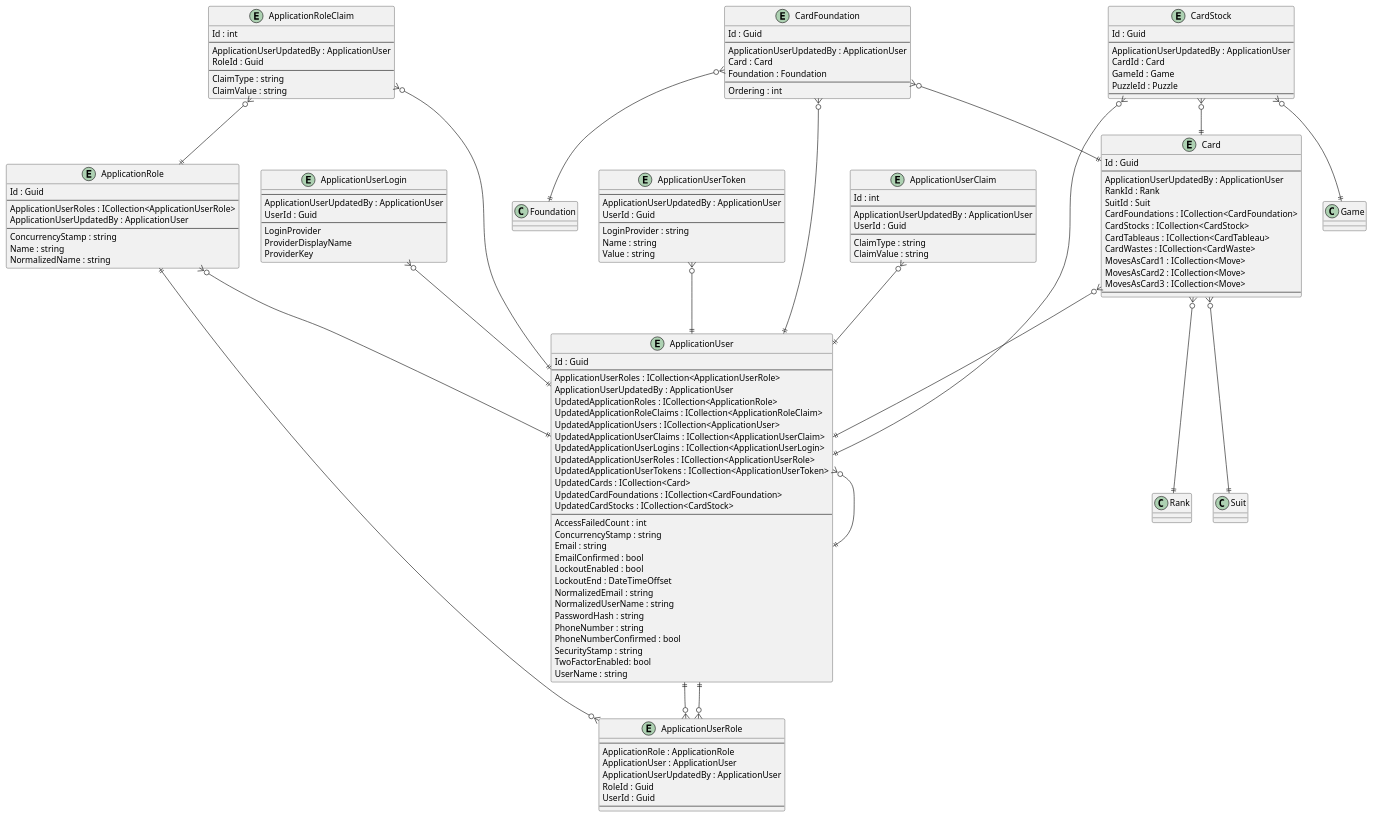
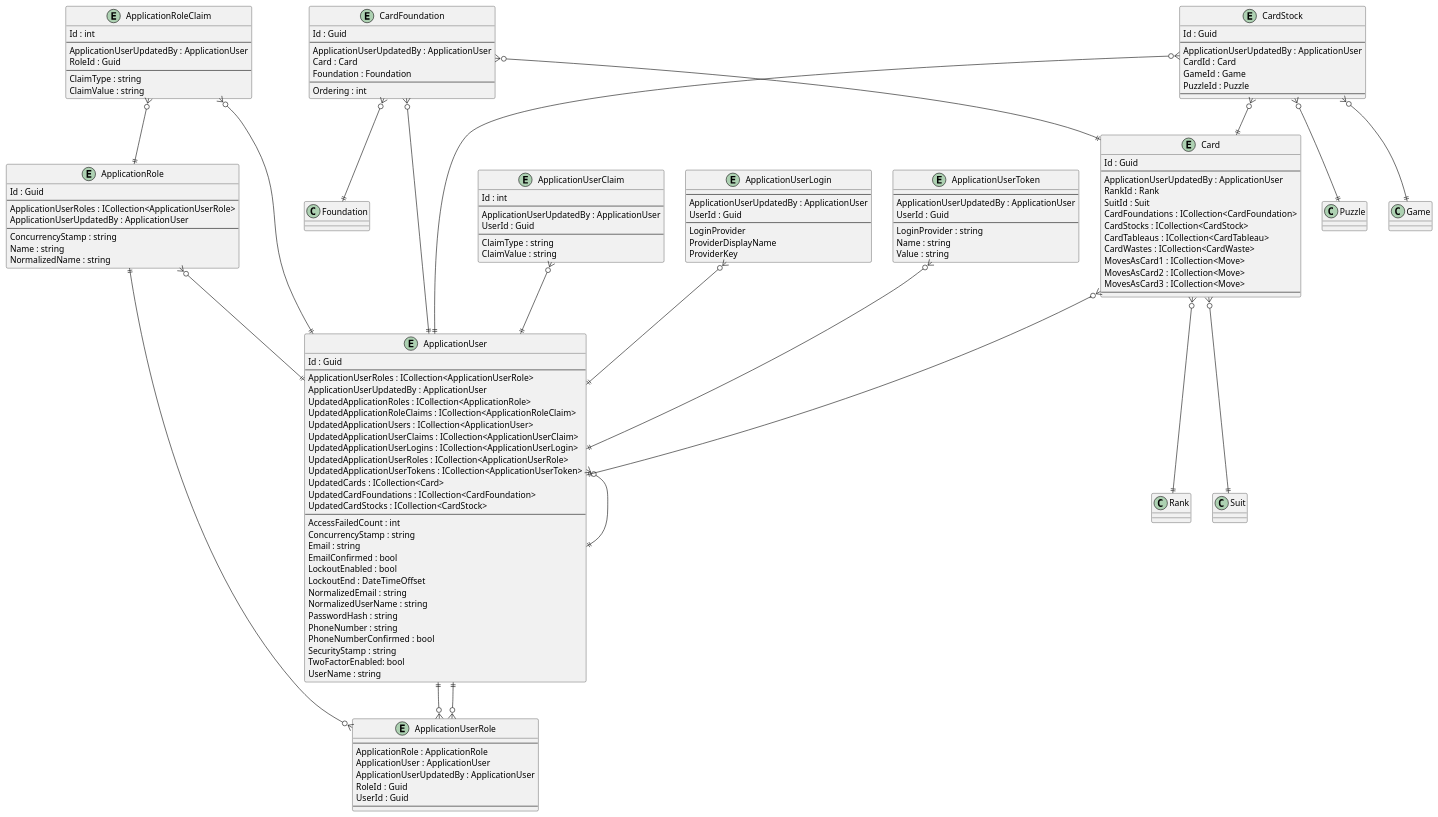
The diagram in .docs/Intrepion.KlondikeSolitaire.pu (intrepion/intrepion_klondike-solitaire_csharp), drawn with PlantUML before and after one commit.

```diff
--- a/.docs/Intrepion.KlondikeSolitaire.pu
+++ b/.docs/Intrepion.KlondikeSolitaire.pu
@@ -1,163 +1,164 @@
 @startuml
 
 entity ApplicationRole {
     Id : Guid
     --
     ApplicationUserRoles : ICollection<ApplicationUserRole>
     ApplicationUserUpdatedBy : ApplicationUser
     --
     ConcurrencyStamp : string
     Name : string
     NormalizedName : string
 }
 
 entity ApplicationRoleClaim {
     Id : int
     --
     ApplicationUserUpdatedBy : ApplicationUser
     RoleId : Guid
     --
     ClaimType : string
     ClaimValue : string
 }
 
 entity ApplicationUser {
     Id : Guid
     --
     ApplicationUserRoles : ICollection<ApplicationUserRole>
     ApplicationUserUpdatedBy : ApplicationUser
     UpdatedApplicationRoles : ICollection<ApplicationRole>
     UpdatedApplicationRoleClaims : ICollection<ApplicationRoleClaim>
     UpdatedApplicationUsers : ICollection<ApplicationUser>
     UpdatedApplicationUserClaims : ICollection<ApplicationUserClaim>
     UpdatedApplicationUserLogins : ICollection<ApplicationUserLogin>
     UpdatedApplicationUserRoles : ICollection<ApplicationUserRole>
     UpdatedApplicationUserTokens : ICollection<ApplicationUserToken>
     UpdatedCards : ICollection<Card>
     UpdatedCardFoundations : ICollection<CardFoundation>
     UpdatedCardStocks : ICollection<CardStock>
     ' ApplicationUserKeyCodePlaceholder
     --
     AccessFailedCount : int
     ConcurrencyStamp : string
     Email : string
     EmailConfirmed : bool
     LockoutEnabled : bool
     LockoutEnd : DateTimeOffset
     NormalizedEmail : string
     NormalizedUserName : string
     PasswordHash : string
     PhoneNumber : string
     PhoneNumberConfirmed : bool
     SecurityStamp : string
     TwoFactorEnabled: bool
     UserName : string
 }
 
 entity ApplicationUserClaim {
     Id : int
     --
     ApplicationUserUpdatedBy : ApplicationUser
     UserId : Guid
     --
     ClaimType : string
     ClaimValue : string
 }
 
 entity ApplicationUserLogin {
     --
     ApplicationUserUpdatedBy : ApplicationUser
     UserId : Guid
     --
     LoginProvider
     ProviderDisplayName
     ProviderKey
 }
 
 entity ApplicationUserRole {
     --
     ApplicationRole : ApplicationRole
     ApplicationUser : ApplicationUser
     ApplicationUserUpdatedBy : ApplicationUser
     RoleId : Guid
     UserId : Guid
     --
 }
 
 entity ApplicationUserToken {
     --
     ApplicationUserUpdatedBy : ApplicationUser
     UserId : Guid
     --
     LoginProvider : string
     Name : string
     Value : string
 }
 
 entity Card {
     Id : Guid
     --
     ApplicationUserUpdatedBy : ApplicationUser
     RankId : Rank
     SuitId : Suit
     CardFoundations : ICollection<CardFoundation>
     CardStocks : ICollection<CardStock>
     CardTableaus : ICollection<CardTableau>
     CardWastes : ICollection<CardWaste>
     MovesAsCard1 : ICollection<Move>
     MovesAsCard2 : ICollection<Move>
     MovesAsCard3 : ICollection<Move>
     ' CardKeyCodePlaceholder
     --
     ' CardPropertyCodePlaceholder
 }
 
 entity CardFoundation {
     Id : Guid
     --
     ApplicationUserUpdatedBy : ApplicationUser
     Card : Card
     Foundation : Foundation
     ' CardFoundationKeyCodePlaceholder
     --
     Ordering : int
     ' CardFoundationPropertyCodePlaceholder
 }
 
 entity CardStock {
     Id : Guid
     --
     ApplicationUserUpdatedBy : ApplicationUser
     CardId : Card
     GameId : Game
     PuzzleId : Puzzle
     ' CardStockKeyCodePlaceholder
     --
     ' CardStockPropertyCodePlaceholder
 }
 
 ' EntityCodePlaceholder
 
 ApplicationRole ||--o{ ApplicationUserRole
 ApplicationRole }o--|| ApplicationUser
 ApplicationRoleClaim }o--|| ApplicationRole
 ApplicationRoleClaim }o--|| ApplicationUser
 ApplicationUser }o--|| ApplicationUser
 ApplicationUser ||--o{ ApplicationUserRole
 ApplicationUserClaim }o--|| ApplicationUser
 ApplicationUserLogin }o--|| ApplicationUser
 ApplicationUserRole }o--|| ApplicationUser
 ApplicationUserToken }o--|| ApplicationUser
 
 Card }o--|| ApplicationUser
 Card }o--|| Rank
 Card }o--|| Suit
 CardFoundation }o--|| ApplicationUser
 CardFoundation }o--|| Card
 CardFoundation }o--|| Foundation
 CardStock }o--|| ApplicationUser
 CardStock }o--|| Card
 CardStock }o--|| Game
+CardStock }o--|| Puzzle
 ' RelationshipCodePlaceholder
 
 @enduml
```
